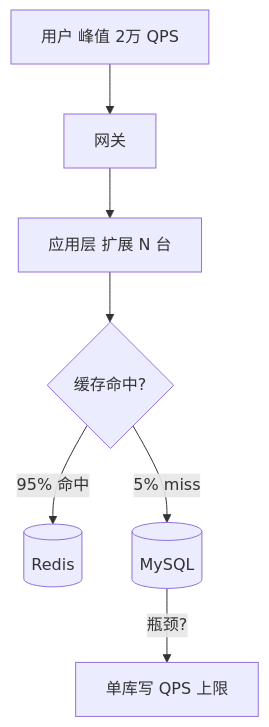
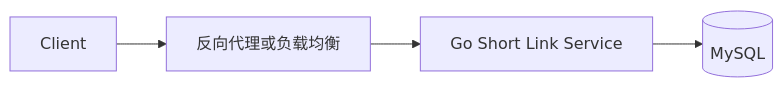
One commit to moqix26/study changed the second of 5 diagrams in 后端学习/系统设计/01-系统设计方法论与面试框架.md. Above: the diagram before and after it, drawn with Mermaid. The commit also changed other lines of this file and 202 other files, not shown here.

````diff
--- a/后端学习/系统设计/01-系统设计方法论与面试框架.md
+++ b/后端学习/系统设计/01-系统设计方法论与面试框架.md
@@ -280,9 +276,6 @@
 ```mermaid
-flowchart TB
-    U[用户 峰值 2万 QPS] --> GW[网关]
-    GW --> API[应用层 扩展 N 台]
-    API --> C{缓存命中?}
-    C -->|95% 命中| R[(Redis)]
-    C -->|5% miss| DB[(MySQL)]
-    DB -->|瓶颈?| B[单库写 QPS 上限]
+flowchart LR
+    C[Client] --> LB[反向代理或负载均衡]
+    LB --> API[Go Short Link Service]
+    API --> DB[(MySQL)]
 ```
````
